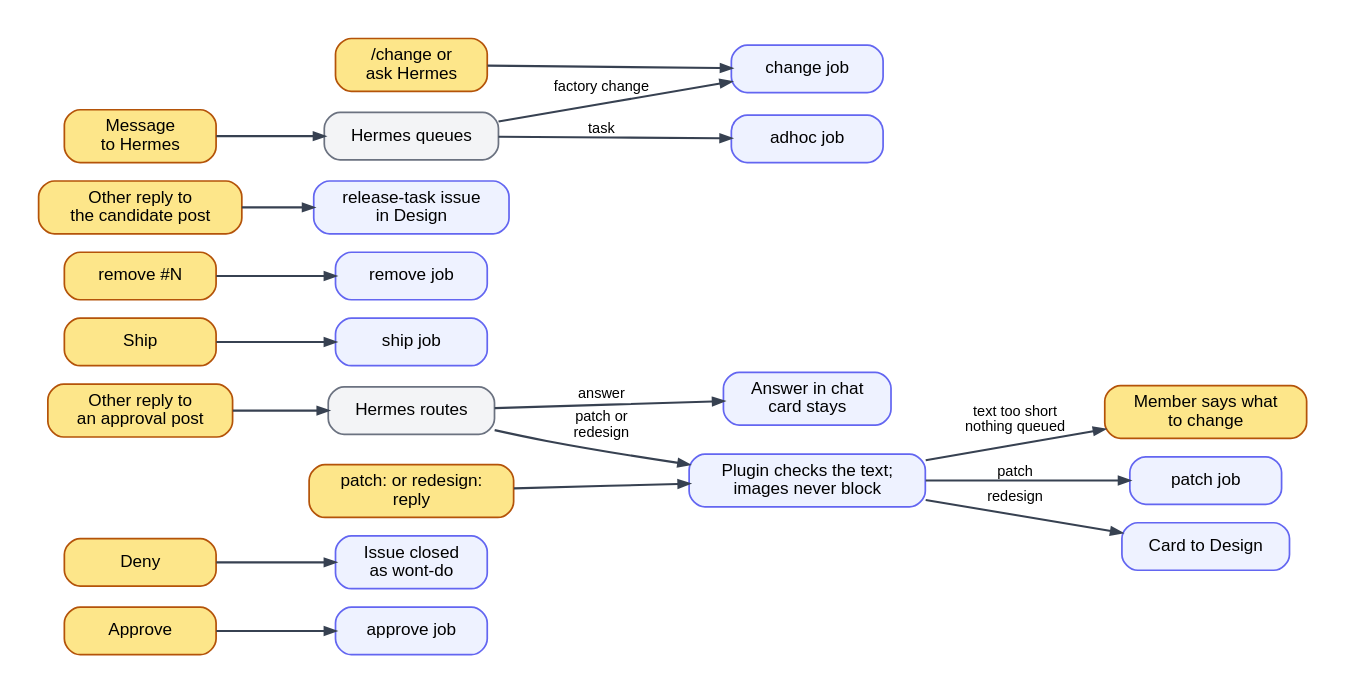
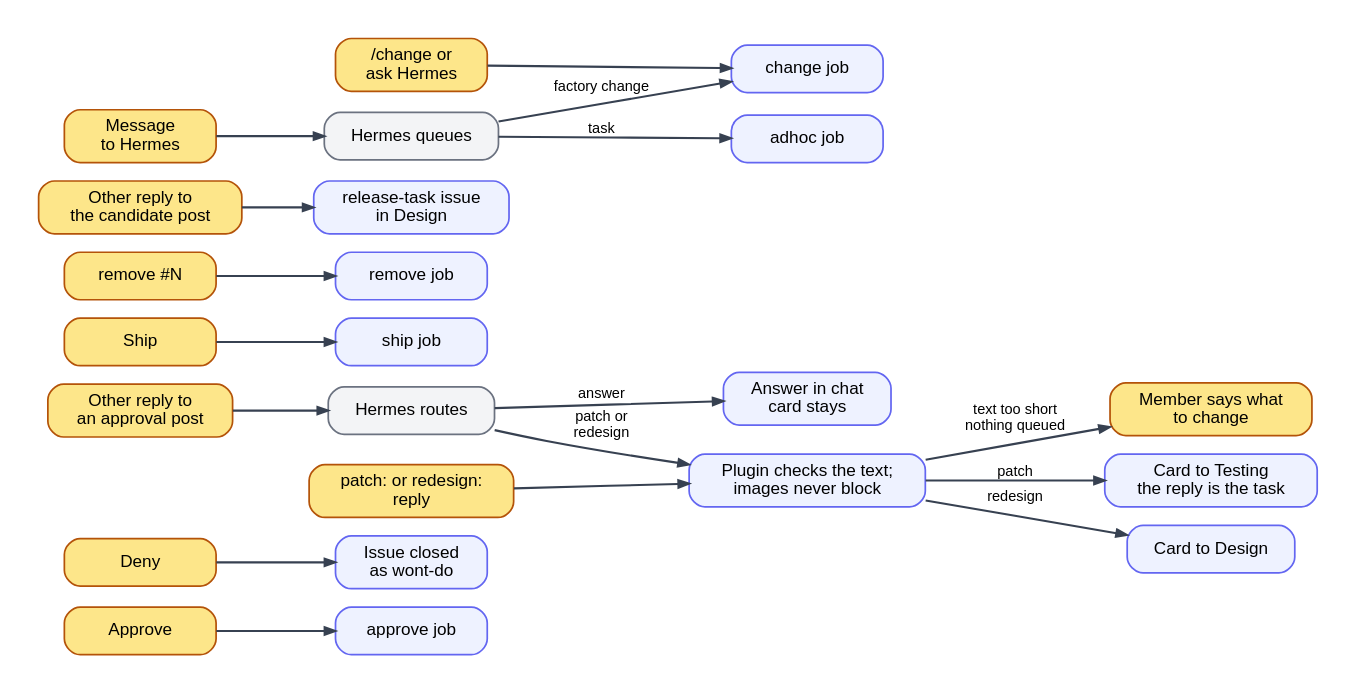
One commit to btseytlin/road-machiners changed the diagram in factory/docs/diagrams/committee.dot. Above: the diagram before and after it, drawn with Graphviz. The commit also changed 17 other files, not shown here.

Commit message:
Docs and diagrams: one session per stage, four checkpoints, the merge queue and the one automatic resume

```diff
--- a/factory/docs/diagrams/committee.dot
+++ b/factory/docs/diagrams/committee.dot
@@ -1,23 +1,23 @@
 // Committee inputs: what each Telegram action queues, and the job that runs it. Yellow: people. Grey: Hermes decides.
 digraph committee {
   rankdir=LR; nodesep=0.2; ranksep=0.7; bgcolor=white; pad=0.3;
   node [shape=box, style="rounded,filled", fillcolor="#eef2ff", color="#6366f1", fontname="Helvetica", fontsize=13, margin="0.2,0.08", penwidth=1.3, width=1.6];
   edge [color="#374151", penwidth=1.6, arrowsize=0.8, fontname="Helvetica", fontsize=11];
   node [fillcolor="#fde68a", color="#b45309"];
   approve [label="Approve"]; deny [label="Deny"]; reply [label="Other reply to\nan approval post"]; forced [label="patch: or redesign:\nreply"];
   ship [label="Ship"]; remove [label="remove #N"]; rtask [label="Other reply to\nthe candidate post"]; change [label="/change or\nask Hermes"]; ask [label="Message\nto Hermes"];
   member [label="Member says what\nto change"];
   node [fillcolor="#f3f4f6", color="#6b7280"];
   hermes [label="Hermes routes"]; hermes2 [label="Hermes queues"];
   node [fillcolor="#eef2ff", color="#6366f1"];
   ready [label="Plugin checks the text;\nimages never block"];
   node [fillcolor="#eef2ff", color="#6366f1"];
   approveJob [label="approve job"]; closed [label="Issue closed\nas wont-do"]; answer [label="Answer in chat\ncard stays"];
-  patchJob [label="patch job"]; design [label="Card to Design"]; shipJob [label="ship job"]; removeJob [label="remove job"];
+  patchJob [label="Card to Testing\nthe reply is the task"]; design [label="Card to Design"]; shipJob [label="ship job"]; removeJob [label="remove job"];
   newTask [label="release-task issue\nin Design"]; changeJob [label="change job"]; adhocJob [label="adhoc job"];
   approve -> approveJob; deny -> closed;
   reply -> hermes; hermes -> answer [label="answer"]; hermes -> ready [label="patch or\nredesign"];
   forced -> ready; ready -> patchJob [label="patch"]; ready -> design [label="redesign"]; ready -> member [label="text too short\nnothing queued"];
   ship -> shipJob; remove -> removeJob; rtask -> newTask;
   change -> changeJob; ask -> hermes2; hermes2 -> adhocJob [label="task"]; hermes2 -> changeJob [label="factory change"];
 }
```
